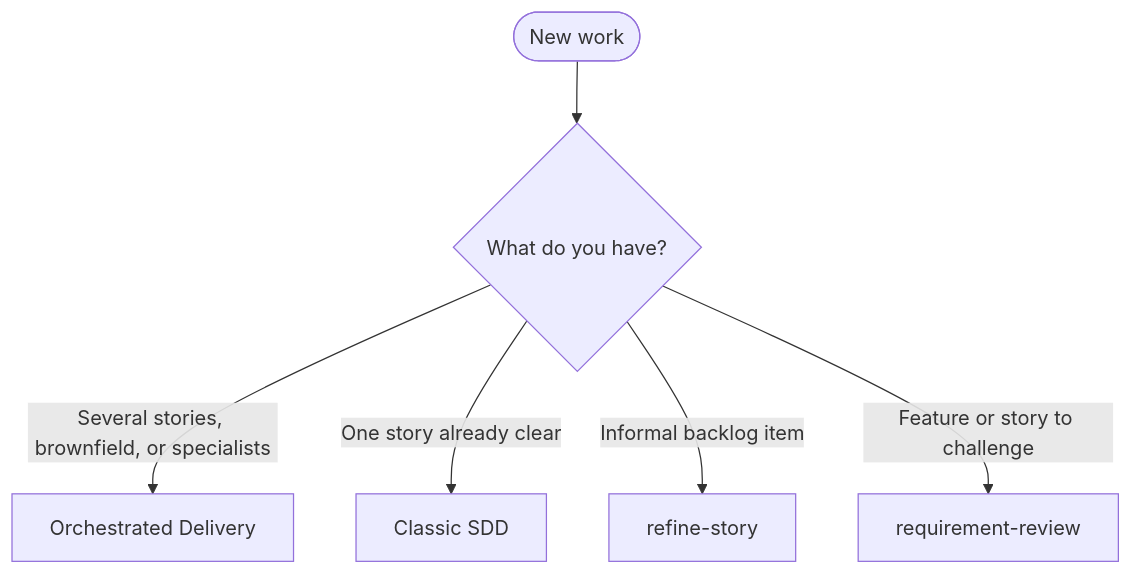
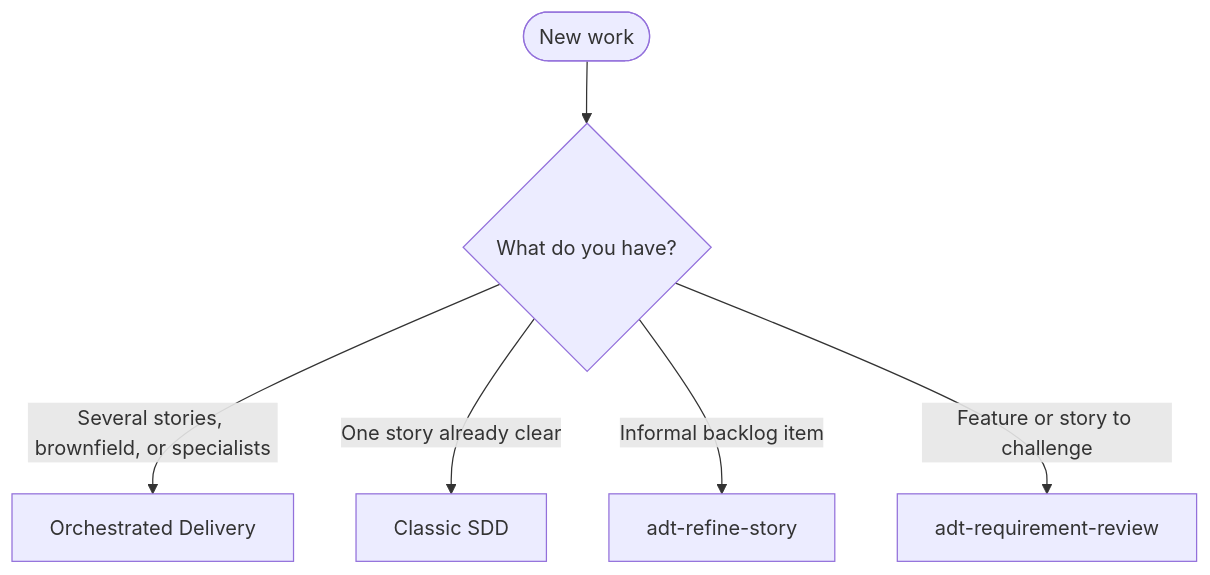
Before and after one commit to tibursocampos/agent-dev-toolkit: the diagram in README.md, drawn with Mermaid. The commit also changed 53 other files, not shown here.

````diff
--- a/README.md
+++ b/README.md
@@ -35,8 +35,8 @@
 ```mermaid
 flowchart TD
   Start(["New work"]) --> Q{"What do you have?"}
   Q -->|"Several stories, brownfield, or specialists"| ORCH["Orchestrated Delivery"]
   Q -->|"One story already clear"| SDD["Classic SDD"]
-  Q -->|"Informal backlog item"| REF["refine-story"]
-  Q -->|"Feature or story to challenge"| REV["requirement-review"]
+  Q -->|"Informal backlog item"| REF["adt-refine-story"]
+  Q -->|"Feature or story to challenge"| REV["adt-requirement-review"]
 ```
````
